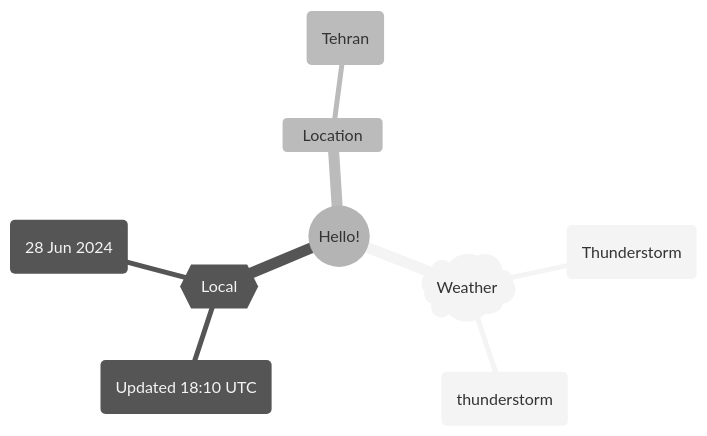
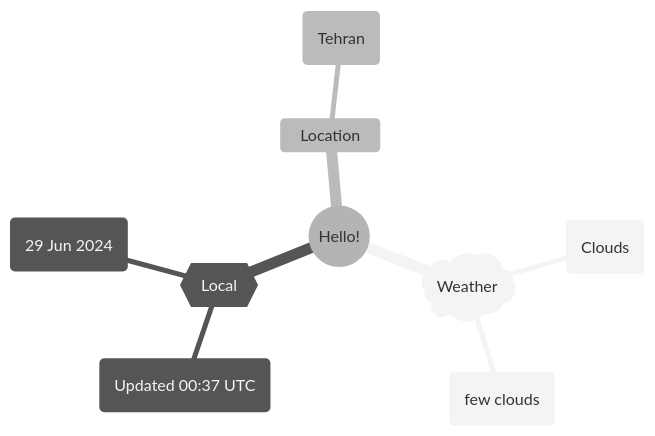
Before and after one commit to Xosrov/Xosrov: the first of 2 diagrams in README.md, drawn with Mermaid (neutral theme).

Commit message:
[bot] updated images

````diff
--- a/README.md
+++ b/README.md
@@ -3,12 +3,12 @@
 ```mermaid
 mindmap
   root((Hello!))
     )Weather(
-        (Thunderstorm)
-        (thunderstorm)
+        (Clouds)
+        (few clouds)
     {{Local}}
-        (Updated 18:10 UTC)
-        (28 Jun 2024)
+        (Updated 00:37 UTC)
+        (29 Jun 2024)
     Location
         (Tehran)
 ```
````
